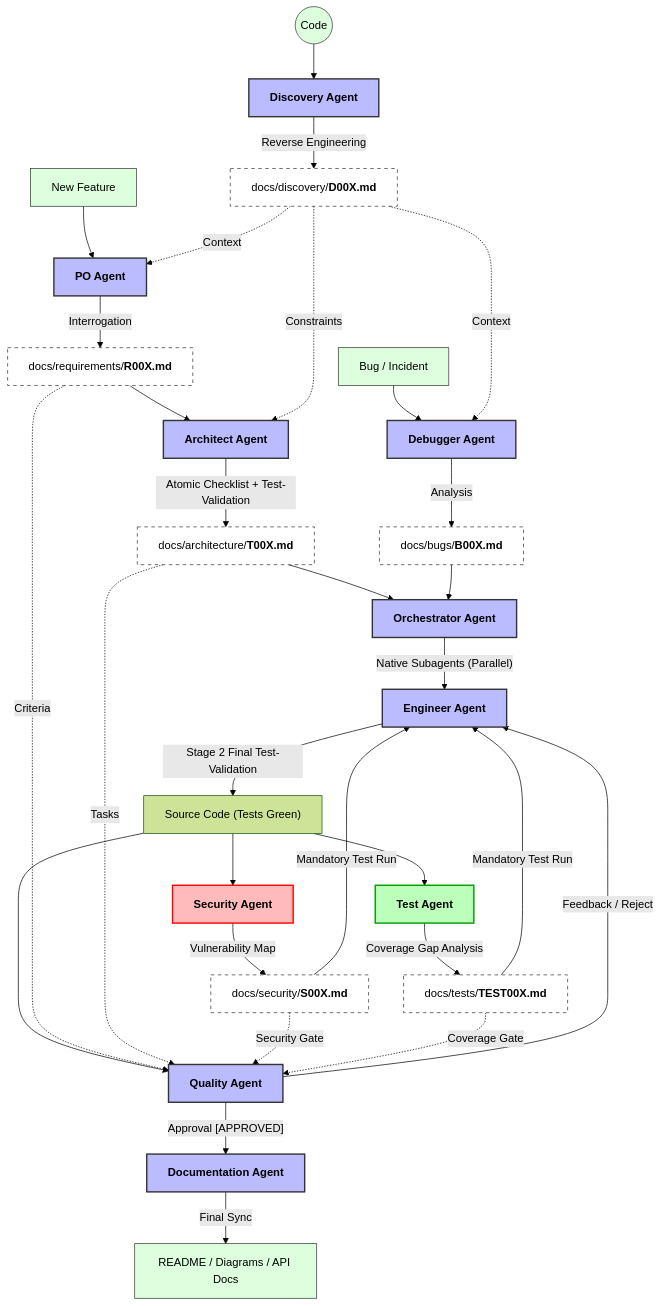
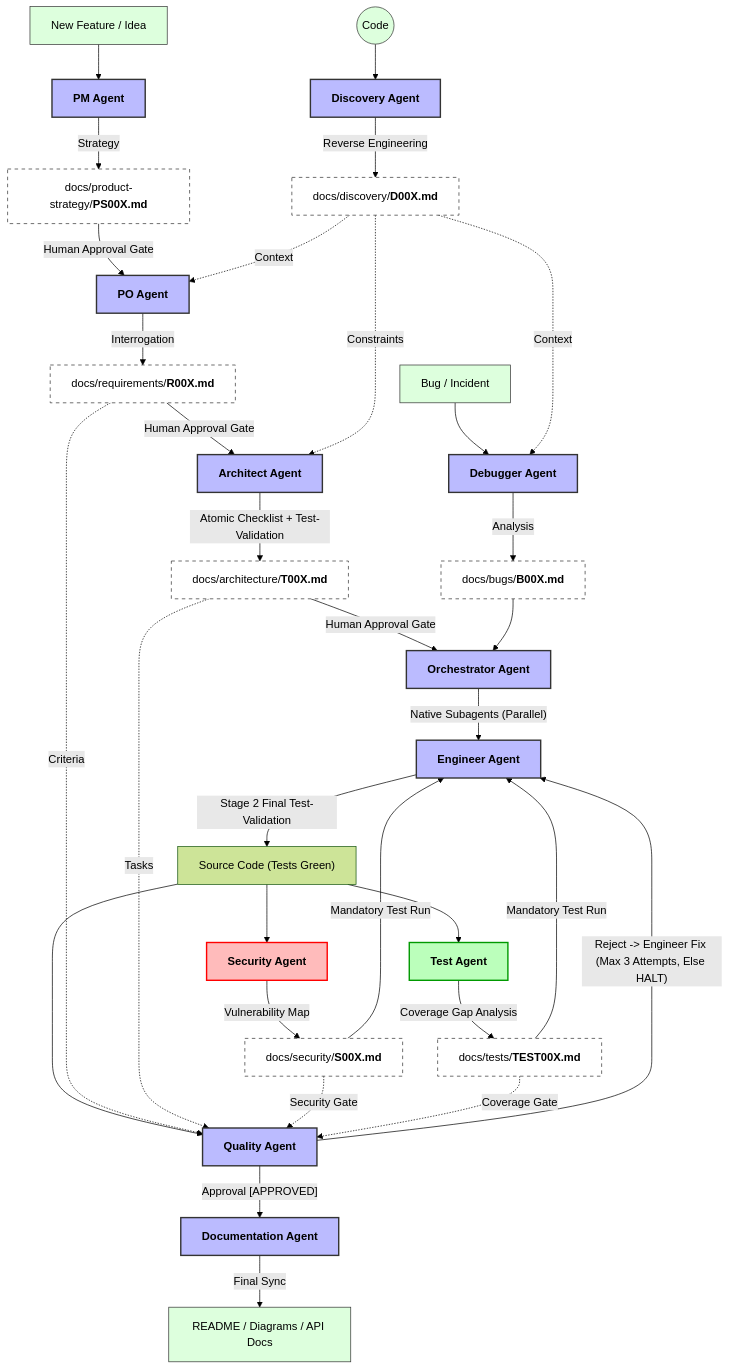
Before and after one commit to juliosilvacwb/agent-driven-development: the diagram in ARTICLE_EN.md, drawn with Mermaid (forest theme). The commit also changed other lines of this file and 2 other files, not shown here.

Commit message:
docs: expand orchestrator 9-stage pipeline details and add orchestrator agent README and prompt

````diff
--- a/ARTICLE_EN.md
+++ b/ARTICLE_EN.md
@@ -754,75 +772,79 @@
 ```mermaid
 ---
 config:
   layout: dagre
 ---
 flowchart TB
     Start(("Code")) --> AgentArch["<b>Discovery Agent</b>"]
     AgentArch -- Reverse Engineering --> D_Doc["docs/discovery/<b>D00X.md</b>"]
     
     Bug["Bug / Incident"] --> Debug["<b>Debugger Agent</b>"]
     Debug -- Analysis --> B_Doc["docs/bugs/<b>B00X.md</b>"]
     D_Doc -. Context .-> Debug
     
-    Idea["New Feature"] --> PO["<b>PO Agent</b>"]
+    Idea["New Feature / Idea"] --> PM["<b>PM Agent</b>"]
+    PM -- Strategy --> PS_Doc["docs/product-strategy/<b>PS00X.md</b>"]
+    PS_Doc -- Human Approval Gate --> PO["<b>PO Agent</b>"]
     D_Doc -. Context .-> PO
     PO -- Interrogation --> R_Doc["docs/requirements/<b>R00X.md</b>"]
     
-    R_Doc --> Arch["<b>Architect Agent</b>"]
+    R_Doc -- Human Approval Gate --> Arch["<b>Architect Agent</b>"]
     D_Doc -. Constraints .-> Arch
     Arch -- Atomic Checklist + Test-Validation --> T_Doc["docs/architecture/<b>T00X.md</b>"]
     
-    T_Doc --> Orch["<b>Orchestrator Agent</b>"]
+    T_Doc -- Human Approval Gate --> Orch["<b>Orchestrator Agent</b>"]
     B_Doc --> Orch
     Orch -- Native Subagents (Parallel) --> Eng["<b>Engineer Agent</b>"]
     
     Eng -- Stage 2 Final Test-Validation --> DevCode["Source Code (Tests Green)"]
     
     %% Test Injection %%
     DevCode --> TestAgent["<b>Test Agent</b>"]
     TestAgent -- Coverage Gap Analysis --> Test_Doc["docs/tests/<b>TEST00X.md</b>"]
     Test_Doc -- Mandatory Test Run --> Eng
 
     %% Security Injection %%
     DevCode --> SecAgent["<b>Security Agent</b>"]
     SecAgent -- Vulnerability Map --> S_Doc["docs/security/<b>S00X.md</b>"]
     S_Doc -- Mandatory Test Run --> Eng
     
     DevCode --> QA["<b>Quality Agent</b>"]
     R_Doc -. Criteria .-> QA
     T_Doc -. Tasks .-> QA
     S_Doc -. Security Gate .-> QA
     Test_Doc -. Coverage Gate .-> QA
     
-    QA -- Feedback / Reject --> Eng
+    QA -- Reject -> Engineer Fix (Max 3 Attempts, Else HALT) --> Eng
     QA -- Approval [APPROVED] --> DocAgent["<b>Documentation Agent</b>"]
     DocAgent -- Final Sync --> FinalDocs["README / Diagrams / API Docs"]
 
     Start:::code
     AgentArch:::agent
     D_Doc:::docs
     Bug:::code
     Debug:::agent
     B_Doc:::docs
     Idea:::code
+    PM:::agent
+    PS_Doc:::docs
     PO:::agent
     R_Doc:::docs
     Arch:::agent
     T_Doc:::docs
     Orch:::agent
     SecAgent:::secagent
     S_Doc:::docs
     TestAgent:::testagent
     Test_Doc:::docs
     Eng:::agent
     QA:::agent
     DocAgent:::agent
     FinalDocs:::code
 
     classDef actor fill:#f9f,stroke:#333,stroke-width:2px
     classDef agent fill:#bbf,stroke:#333,stroke-width:2px
     classDef secagent fill:#fbb,stroke:#f00,stroke-width:2px
     classDef testagent fill:#bfb,stroke:#090,stroke-width:2px
     classDef docs fill:#fff,stroke:#333,stroke-dasharray: 5 5
     classDef code fill:#dfd,stroke:#333,stroke-width:1px
 ```
````
